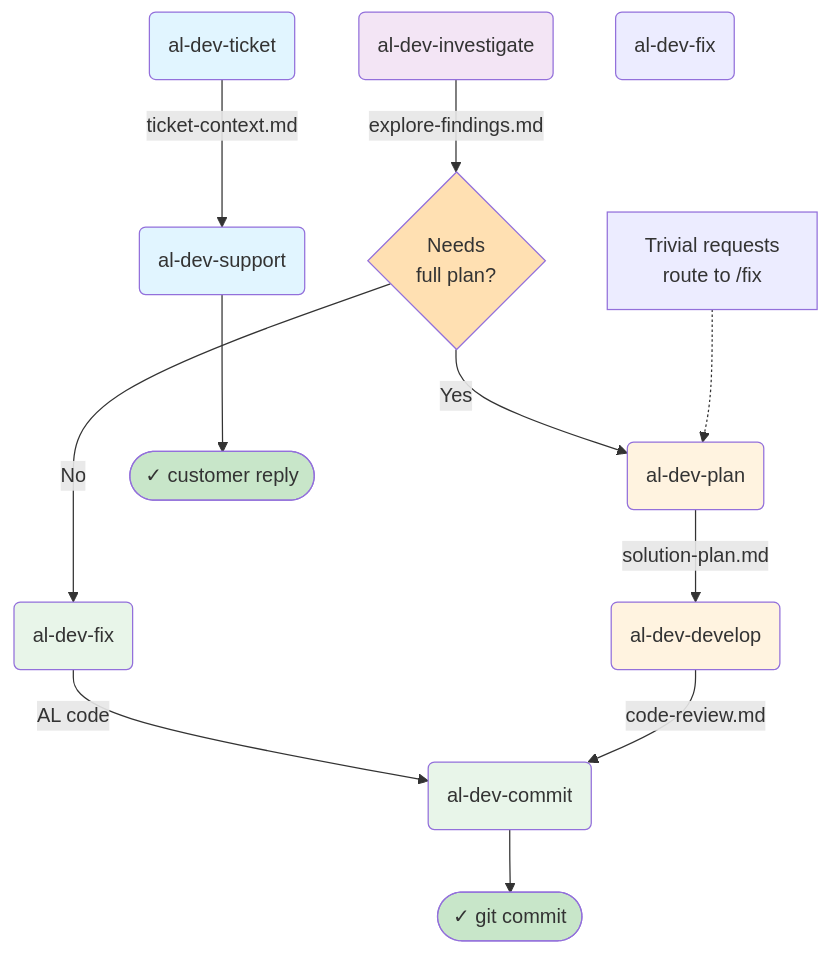
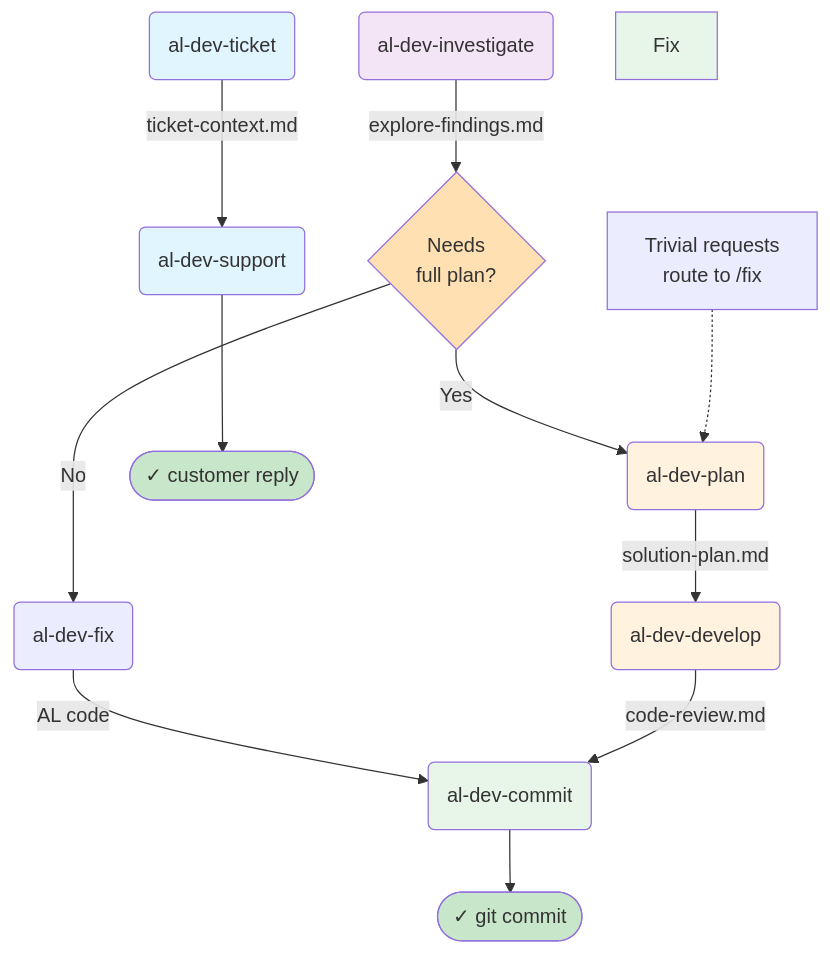
One commit to russell-laing/al-dev-shared changed the first of 8 diagrams in docs/al-dev-plugin-map.md. Above: the diagram before and after it, drawn with Mermaid. The commit also changed other lines of this file, not shown here.

First line of the commit message:
fix: unify al-dev-fix nodes in lifecycle diagram

````diff
--- a/docs/al-dev-plugin-map.md
+++ b/docs/al-dev-plugin-map.md
@@ -14,35 +14,34 @@
 ```mermaid
 flowchart TD
     %% Entry points
     Ticket("al-dev-ticket") -->|ticket-context.md| Support("al-dev-support")
     Investigate("al-dev-investigate")
-    FixDirect("al-dev-fix")
+    FixDirect("al-dev-fix") -->|AL code| Commit("al-dev-commit")
     
     %% Investigation path branches
     Investigate -->|explore-findings.md| Decision1{Needs<br/>full plan?}
     Decision1 -->|Yes| Plan("al-dev-plan")
-    Decision1 -->|No| Fix("al-dev-fix")
+    Decision1 -->|No| FixDirect
     
     %% Main development spine
     Plan -->|solution-plan.md| Develop("al-dev-develop")
-    Fix -->|AL code| Commit("al-dev-commit")
     Develop -->|code-review.md| Commit
     
     %% Complexity gate within plan
     Note["Trivial requests<br/>route to /fix"] -.-> Plan
     
     %% Outputs
     Commit --> Git(["✓ git commit"])
     Support --> Reply(["✓ customer reply"])
     
     style Ticket fill:#e1f5ff
     style Support fill:#e1f5ff
     style Investigate fill:#f3e5f5
     style Plan fill:#fff3e0
     style Develop fill:#fff3e0
     style Fix fill:#e8f5e9
     style Commit fill:#e8f5e9
     style Git fill:#c8e6c9
     style Reply fill:#c8e6c9
     style Decision1 fill:#ffe0b2
 ```
````
